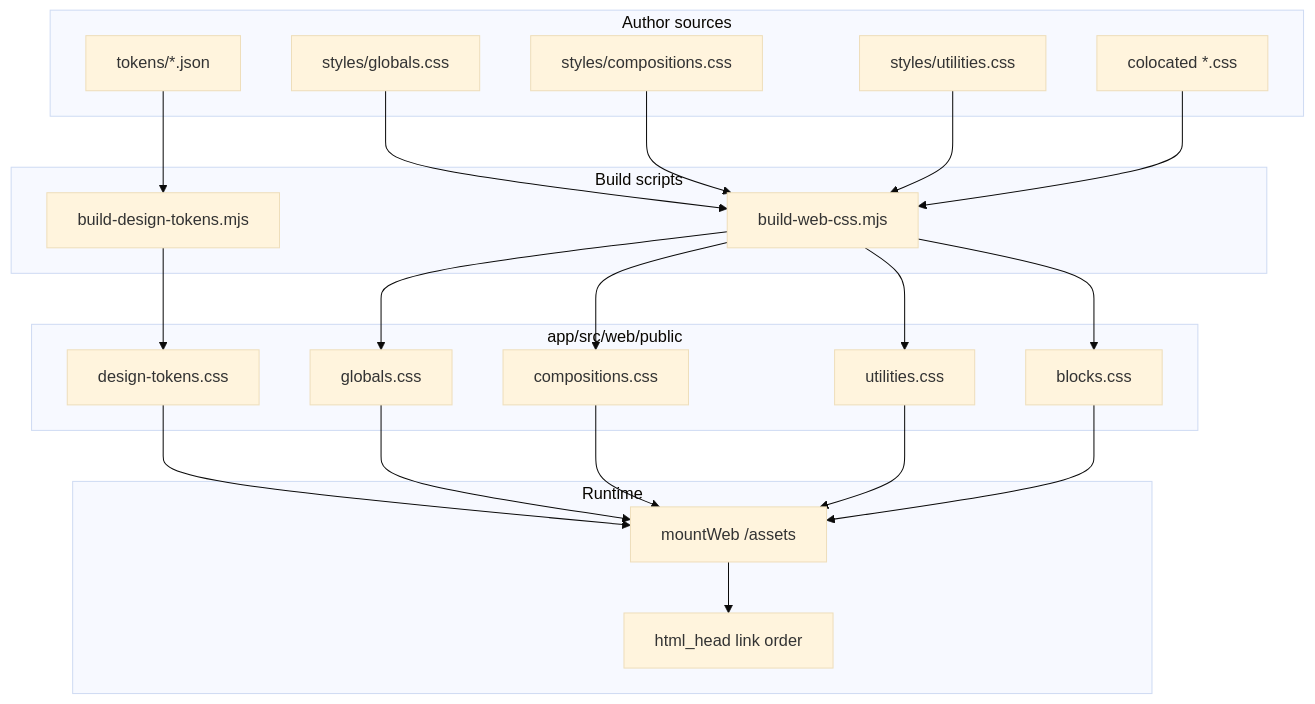
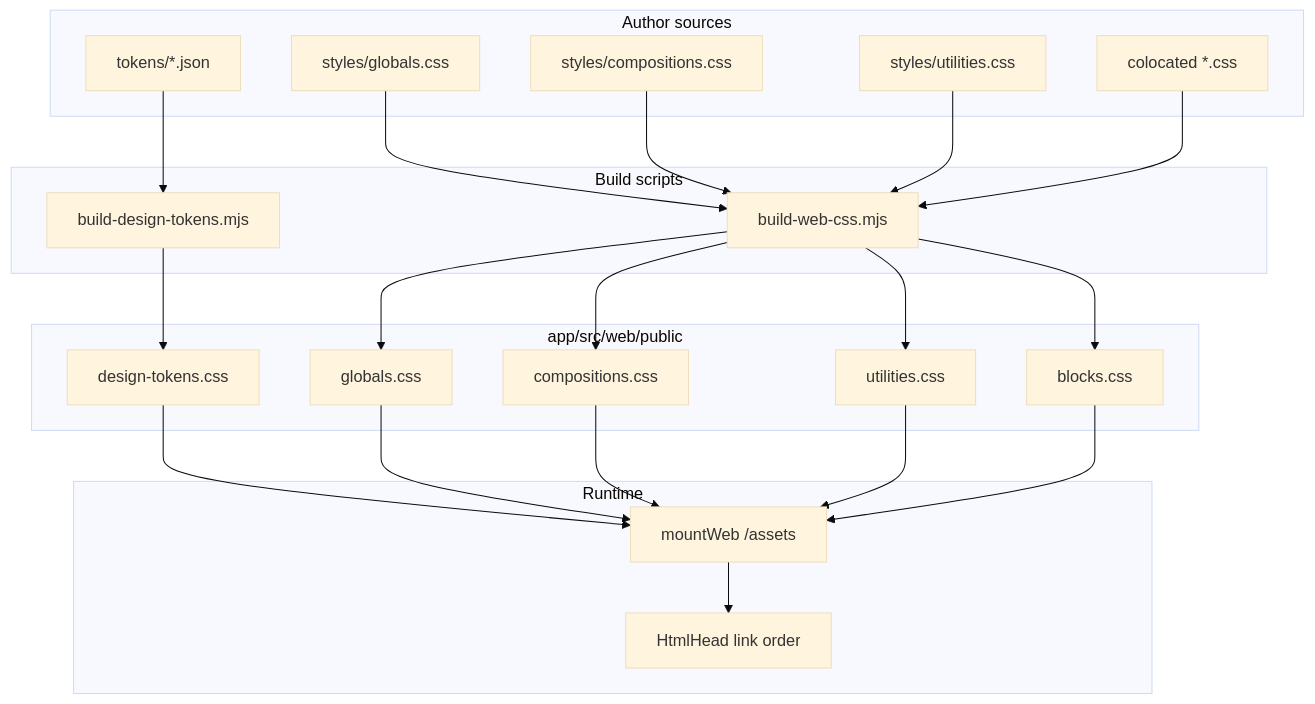
Before and after one commit to Off-Nominal/ndb2: the diagram in .cursor/skills/css-build/SKILL.md, drawn with Mermaid (base theme). The commit also changed other lines of this file and 29 other files, not shown here.

````diff
--- a/.cursor/skills/css-build/SKILL.md
+++ b/.cursor/skills/css-build/SKILL.md
@@ -14,36 +14,36 @@
 ```mermaid
 flowchart TB
   subgraph sources [Author sources]
     TJ[tokens/*.json]
     SG[styles/globals.css]
     SC[styles/compositions.css]
     SU[styles/utilities.css]
     BC[colocated *.css]
   end
   subgraph scripts [Build scripts]
     BT[build-design-tokens.mjs]
     BW[build-web-css.mjs]
   end
   subgraph public [app/src/web/public]
     PT[design-tokens.css]
     PG[globals.css]
     PC[compositions.css]
     PU[utilities.css]
     PB[blocks.css]
   end
   TJ --> BT --> PT
   SG --> BW --> PG
   SC --> BW --> PC
   SU --> BW --> PU
   BC --> BW --> PB
   subgraph runtime [Runtime]
     MW[mountWeb /assets]
-    HH[html_head link order]
+    HH[HtmlHead link order]
   end
   PT --> MW
   PG --> MW
   PC --> MW
   PU --> MW
   PB --> MW
   MW --> HH
 ```
````
